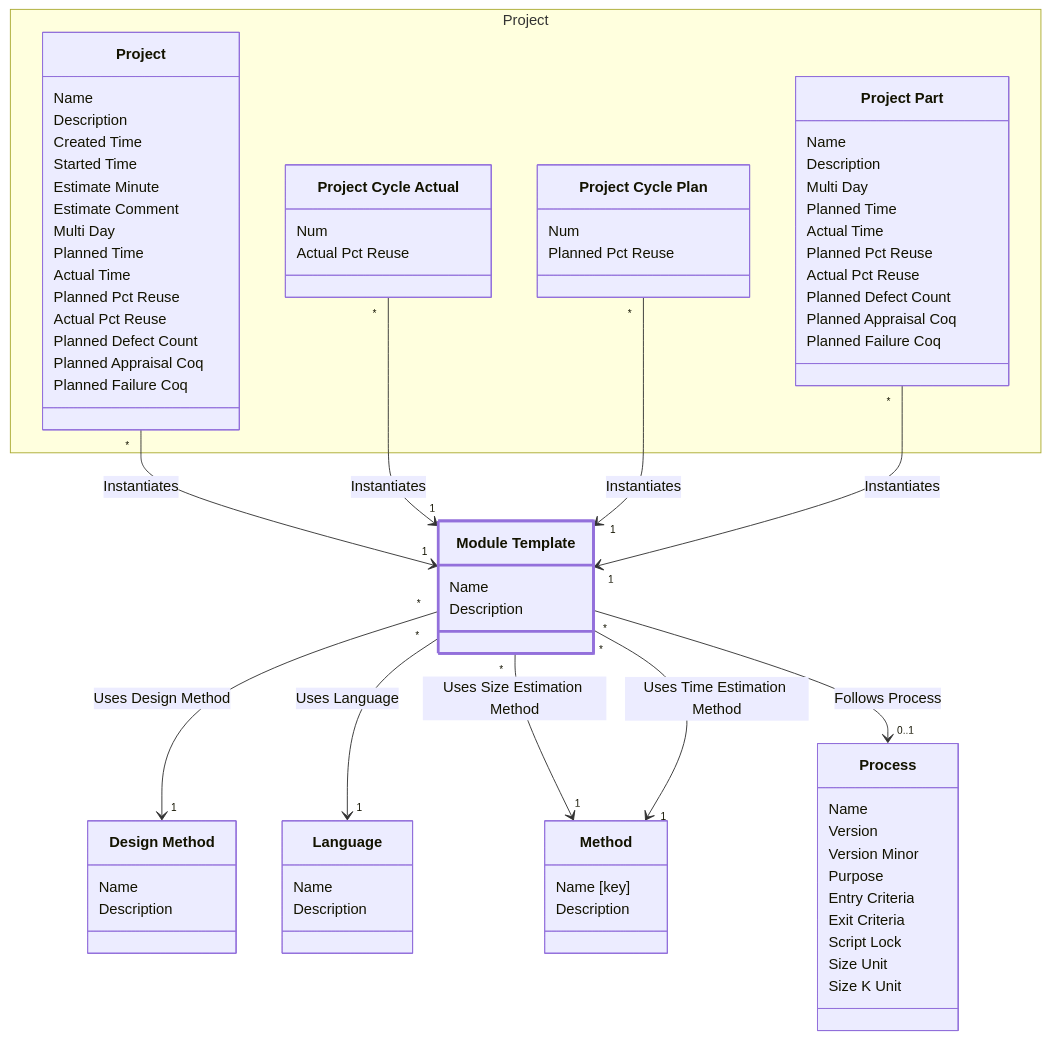
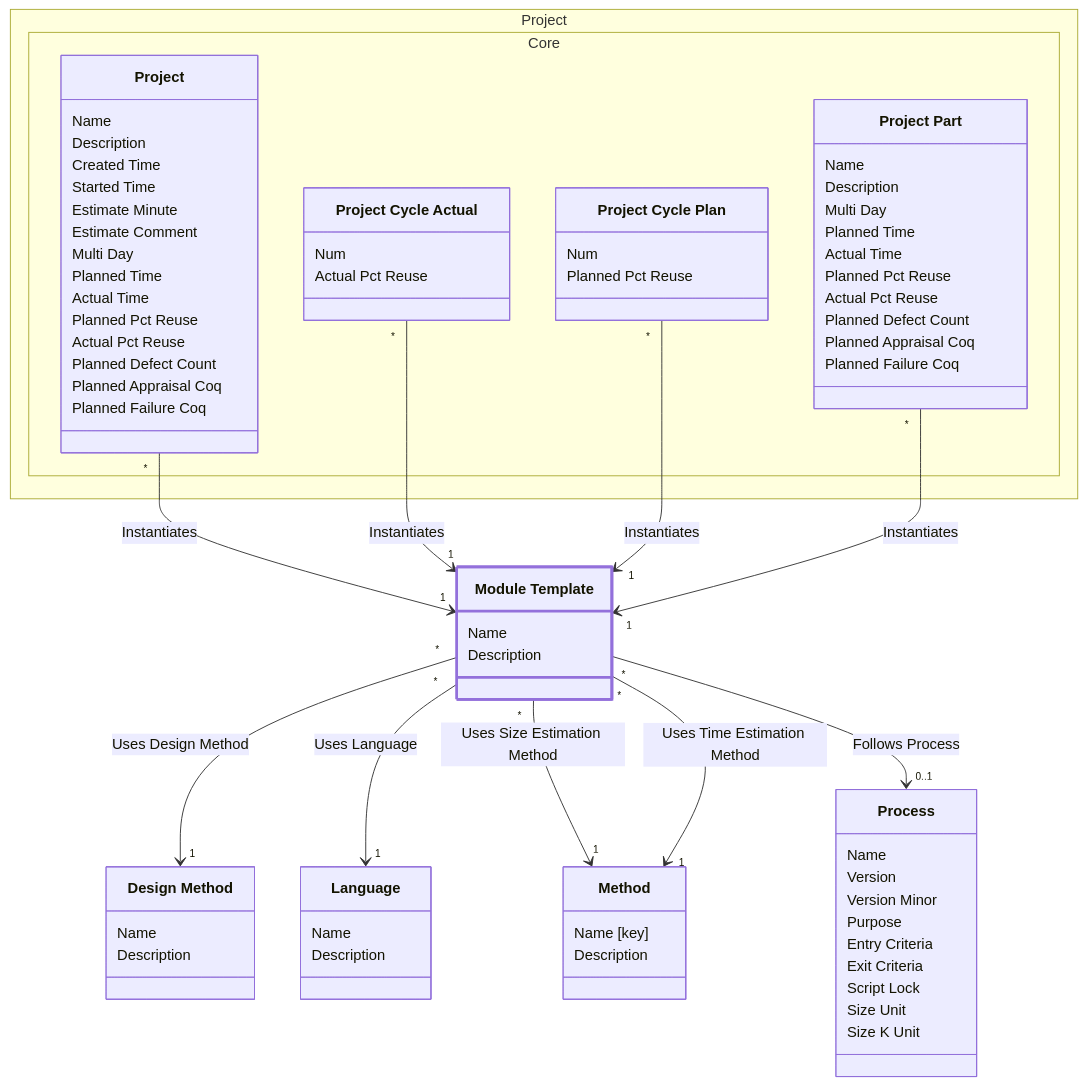
Before and after one commit to glemzurg/glemzurg: the diagram in examples/requirements/req/output/development/class-domain.process.subdomain.definition.class.module_template.md, drawn with Mermaid. The commit also changed other lines of this file and 116 other files, not shown here.

```diff
--- a/examples/requirements/req/output/development/class-domain.process.subdomain.definition.class.module_template.md
+++ b/examples/requirements/req/output/development/class-domain.process.subdomain.definition.class.module_template.md
@@ -55,8 +55,8 @@
         Size Unit
         Size K Unit
     }
-namespace Project {
-class class_domain_process_subdomain_project_class_project["Project"] {
+namespace Project.Core {
+class class_domain_project_subdomain_core_class_project["Project"] {
             Name
             Description
             Created Time
@@ -72,15 +72,15 @@
             Planned Appraisal Coq
             Planned Failure Coq
         }
-class class_domain_process_subdomain_project_class_project_cycle_actual["Project Cycle Actual"] {
+class class_domain_project_subdomain_core_class_project_cycle_actual["Project Cycle Actual"] {
             Num
             Actual Pct Reuse
         }
-class class_domain_process_subdomain_project_class_project_cycle_plan["Project Cycle Plan"] {
+class class_domain_project_subdomain_core_class_project_cycle_plan["Project Cycle Plan"] {
             Num
             Planned Pct Reuse
         }
-class class_domain_process_subdomain_project_class_project_part["Project Part"] {
+class class_domain_project_subdomain_core_class_project_part["Project Part"] {
             Name
             Description
             Multi Day
@@ -94,10 +94,10 @@
         }
 }
 style class_domain_process_subdomain_definition_class_module_template stroke:#9370DB,stroke-width:3px
-class_domain_process_subdomain_project_class_project "*" --> "1" class_domain_process_subdomain_definition_class_module_template : Instantiates
-class_domain_process_subdomain_project_class_project_cycle_actual "*" --> "1" class_domain_process_subdomain_definition_class_module_template : Instantiates
-class_domain_process_subdomain_project_class_project_cycle_plan "*" --> "1" class_domain_process_subdomain_definition_class_module_template : Instantiates
-class_domain_process_subdomain_project_class_project_part "*" --> "1" class_domain_process_subdomain_definition_class_module_template : Instantiates
+class_domain_project_subdomain_core_class_project "*" --> "1" class_domain_process_subdomain_definition_class_module_template : Instantiates
+class_domain_project_subdomain_core_class_project_cycle_actual "*" --> "1" class_domain_process_subdomain_definition_class_module_template : Instantiates
+class_domain_project_subdomain_core_class_project_cycle_plan "*" --> "1" class_domain_process_subdomain_definition_class_module_template : Instantiates
+class_domain_project_subdomain_core_class_project_part "*" --> "1" class_domain_process_subdomain_definition_class_module_template : Instantiates
 class_domain_process_subdomain_definition_class_module_template "*" --> "1" class_domain_process_subdomain_definition_class_design_method : Uses Design Method
 class_domain_process_subdomain_definition_class_module_template "*" --> "1" class_domain_process_subdomain_definition_class_language : Uses Language
 class_domain_process_subdomain_definition_class_module_template "*" --> "1" class_domain_process_subdomain_definition_class_method : Uses Size Estimation Method
```
